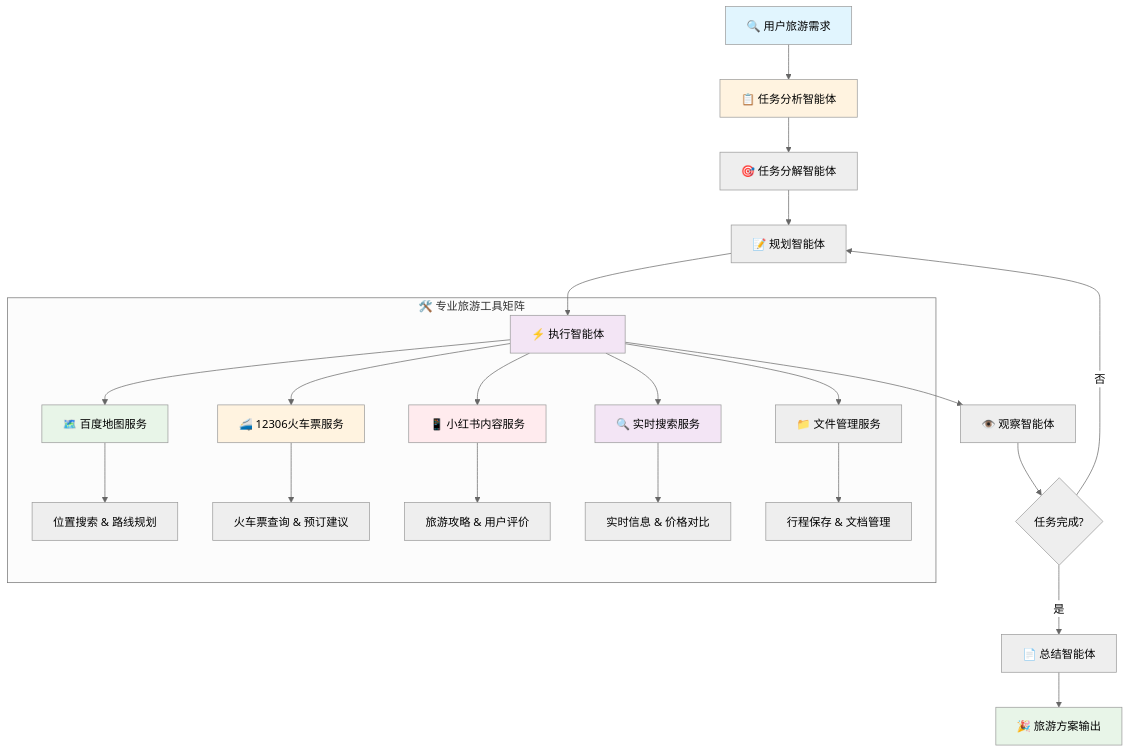
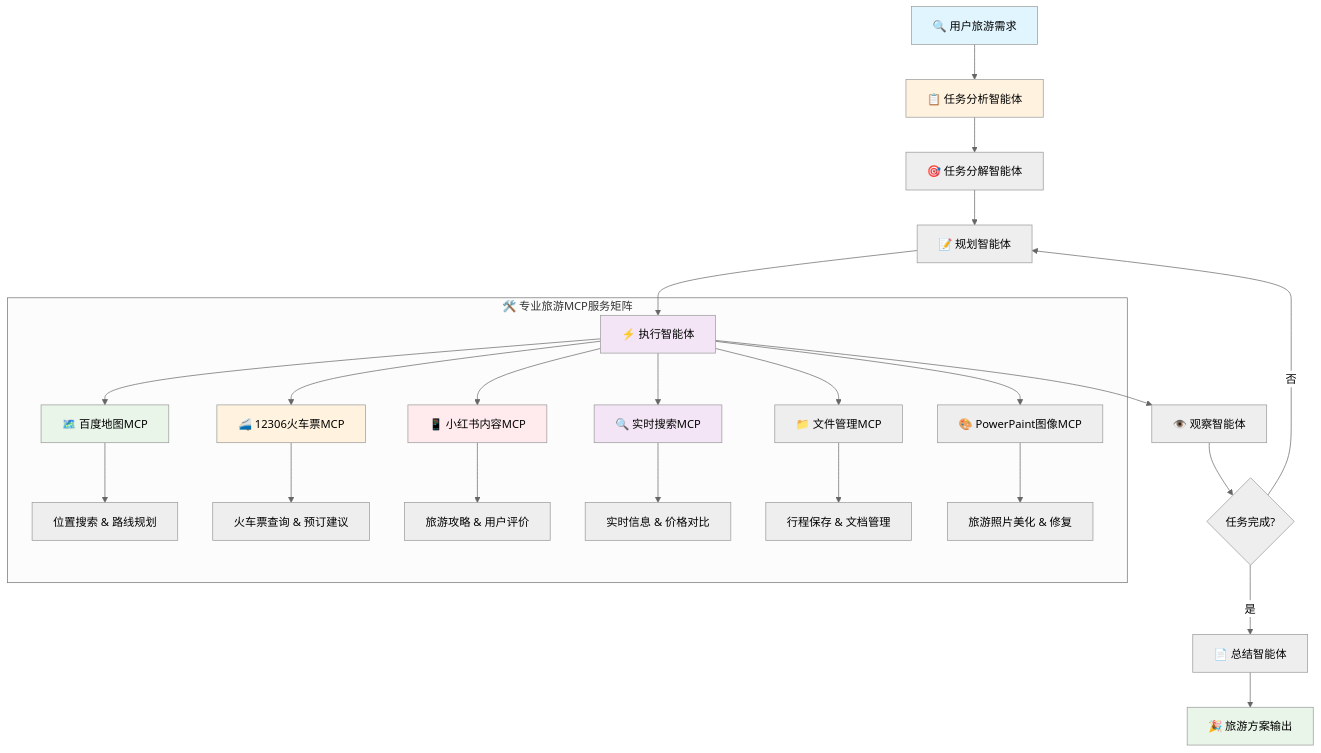
The second of 2 diagrams in README.md (baller/SuperTravelAgent), drawn with Mermaid (neutral theme) before and after one commit. The commit also changed other lines of this file and 2 other files, not shown here.

````diff
--- a/README.md
+++ b/README.md
@@ -103,35 +110,37 @@
 ```mermaid
 graph TD
     A[🔍 用户旅游需求] --> B[📋 任务分析智能体]
     B --> C[🎯 任务分解智能体]
     C --> D[📝 规划智能体]
     D --> E[⚡ 执行智能体]
     E --> F[👁️ 观察智能体]
     F --> G{任务完成?}
     G -->|否| D
     G -->|是| H[📄 总结智能体]
     H --> I[🎉 旅游方案输出]
     
-    subgraph "🛠️ 专业旅游工具矩阵"
-        E --> J[🗺️ 百度地图服务]
-        E --> K[🚄 12306火车票服务]
-        E --> L[📱 小红书内容服务]
-        E --> M[🔍 实时搜索服务]
-        E --> N[📁 文件管理服务]
+    subgraph "🛠️ 专业旅游MCP服务矩阵"
+        E --> J[🗺️ 百度地图MCP]
+        E --> K[🚄 12306火车票MCP]
+        E --> L[📱 小红书内容MCP]
+        E --> M[🔍 实时搜索MCP]
+        E --> N[📁 文件管理MCP]
+        E --> O[🎨 PowerPaint图像MCP]
         
         J --> J1[位置搜索 & 路线规划]
         K --> K1[火车票查询 & 预订建议]
         L --> L1[旅游攻略 & 用户评价]
         M --> M1[实时信息 & 价格对比]
         N --> N1[行程保存 & 文档管理]
+        O --> O1[旅游照片美化 & 修复]
     end
     
     style A fill:#e1f5fe
     style I fill:#e8f5e8
     style B fill:#fff3e0
     style E fill:#f3e5f5
     style J fill:#e8f5e8
     style K fill:#fff3e0
     style L fill:#ffebee
     style M fill:#f3e5f5
 ```
````
